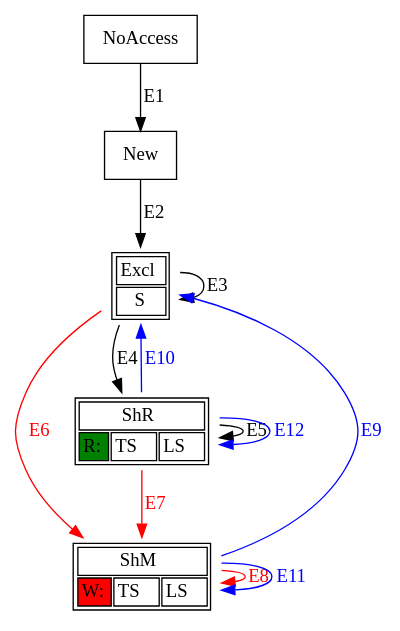
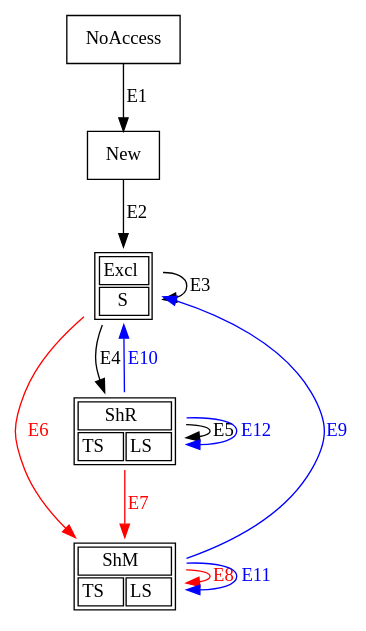
One commit to spurious/ThreadSanitizer-mirror changed the diagram in msm/helgrind330.dot. Above: the diagram before and after it, drawn with Graphviz. The commit also changed 4 other files, not shown here.

```diff
--- a/msm/helgrind330.dot
+++ b/msm/helgrind330.dot
@@ -1,49 +1,47 @@
 // This graph show the memory state machine in helgrind 3.3.0
 
 digraph helgrind330{
    NoAccess [shape=rectangle label="NoAccess"];
    New [shape=rectangle label="New"];
 
    Excl [shape=plaintext label=<<TABLE BGCOLOR="white"> <tr> 
         <td colspan="1">Excl</td> 
       </tr> <tr> 
         <td>S</td>
       </tr> </TABLE>>
     ]
     
     ShM  [shape=plaintext label=<<TABLE BGCOLOR="white"> <tr> 
-        <td colspan="3">ShM</td> 
+        <td colspan="2">ShM</td> 
       </tr> <tr> 
-        <td bgcolor="red">W:</td>
         <td> TS </td>
         <td> LS </td>
       </tr> </TABLE>>
     ]
 
     ShR  [shape=plaintext label=<<TABLE BGCOLOR="white"> <tr> 
-        <td colspan="3">ShR</td> 
+        <td colspan="2">ShR</td> 
       </tr> <tr> 
-        <td bgcolor="green">R:</td>
         <td> TS </td>
         <td> LS </td>
       </tr> </TABLE>>
     ]
 
    NoAccess -> New   [label="E1"];
    New      -> Excl  [label="E2"];
    Excl     -> Excl  [label="E3"];
    Excl     -> ShR   [label="E4"];
    ShR      -> ShR   [label="E5"];
 
 // race may be reported here 
    Excl     -> ShM   [fontcolor="red"   label="E6" color="red"];
    ShR      -> ShM   [fontcolor="red"   label="E7" color="red"]; 
    ShM      -> ShM   [fontcolor="red"   label="E8" color="red"];
 
 // thread join
    ShM      -> Excl  [fontcolor="blue"  label="E9"  color="blue"];
    ShR      -> Excl  [fontcolor="blue"  label="E10" color="blue"];
    ShM      -> ShM   [fontcolor="blue"  label="E11" color="blue"];
    ShR      -> ShR   [fontcolor="blue"  label="E12" color="blue"];
 
 }
```
